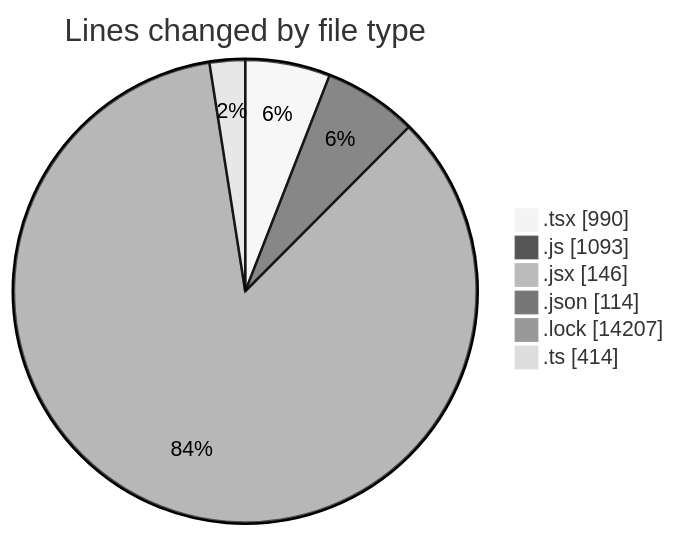
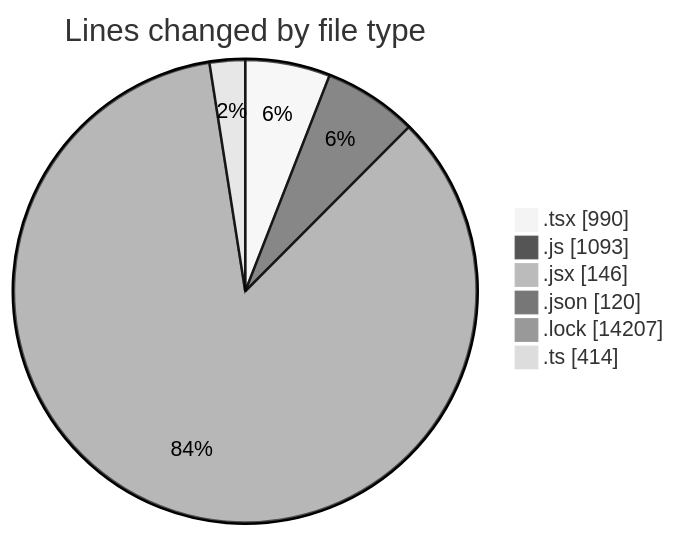
One commit to momahboobian/code-tracking changed the first of 2 diagrams in 2025-05-08/cda/README.md. Above: the diagram before and after it, drawn with Mermaid (neutral theme). The commit also changed other lines of this file and 1 other file, not shown here.

````diff
--- a/2025-05-08/cda/README.md
+++ b/2025-05-08/cda/README.md
@@ -39,10 +39,10 @@
 ```mermaid
 pie showData
 title Lines changed by file type
 ".tsx" : 990
 ".js" : 1093
 ".jsx" : 146
-".json" : 114
+".json" : 120
 ".lock" : 14207
 ".ts" : 414
 ```
````
